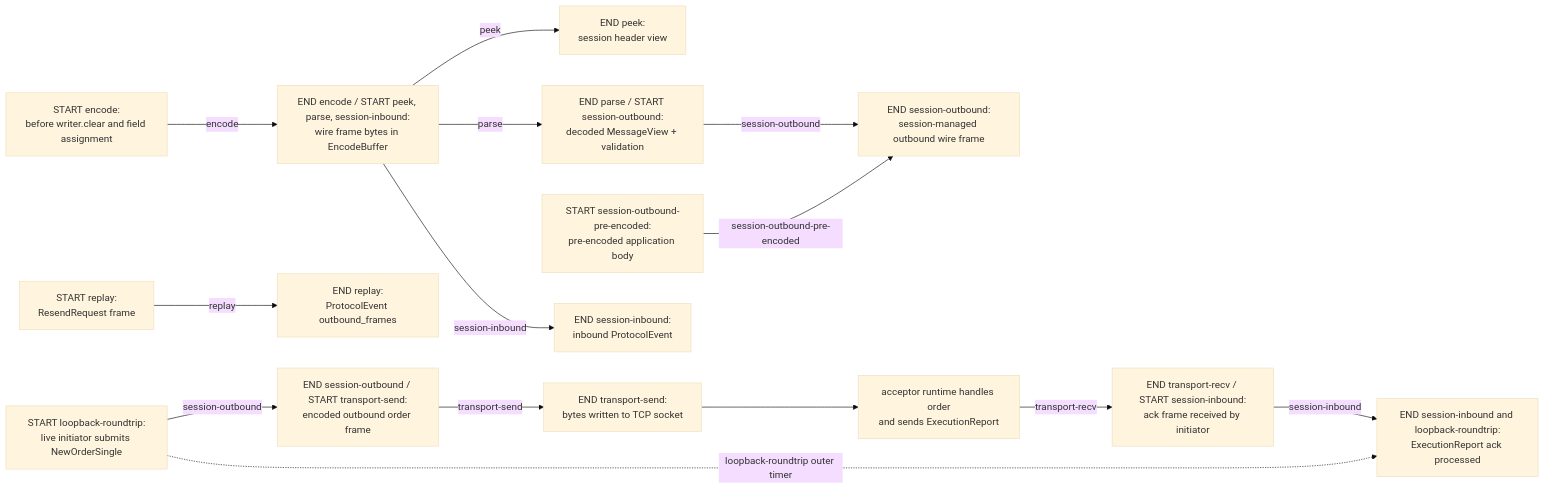
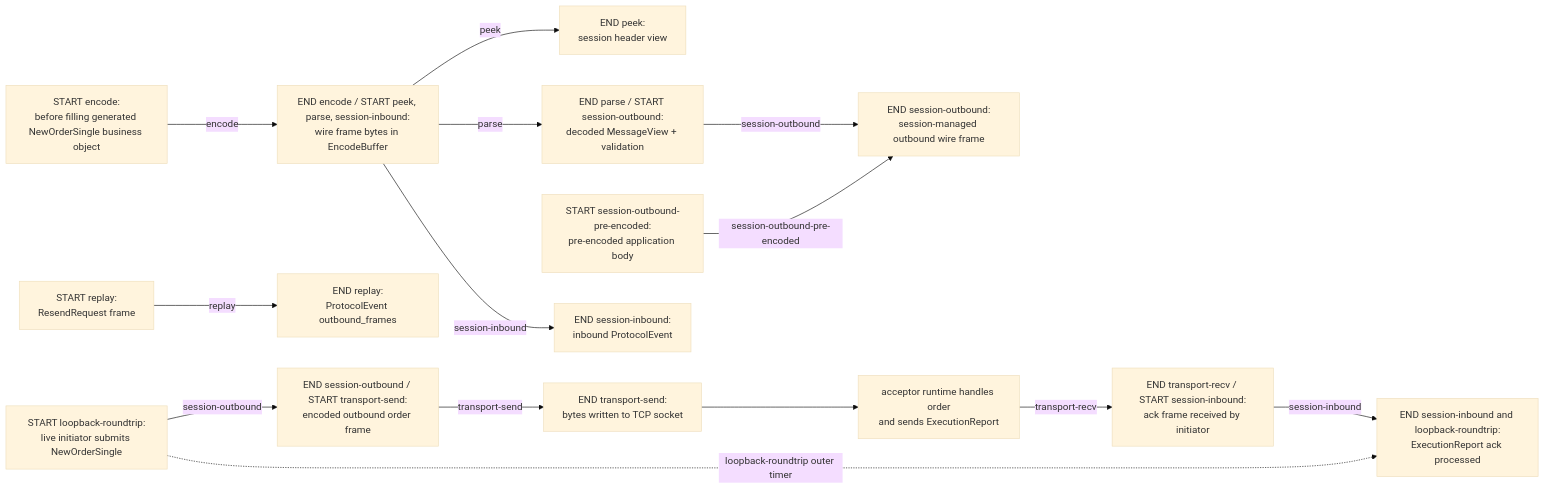
One commit to yhwwwwww/fastfix changed the first of 3 diagrams in bench/README.md. Above: the diagram before and after it, drawn with Mermaid (base theme). The commit also changed other lines of this file and 109 other files, not shown here.

````diff
--- a/bench/README.md
+++ b/bench/README.md
@@ -60,13 +60,13 @@
 ```mermaid
 flowchart LR
-	BO["START encode:<br/>before writer.clear and field assignment"] -->|encode| WF["END encode / START peek, parse, session-inbound:<br/>wire frame bytes in EncodeBuffer"]
+BO["START encode:<br/>before filling generated NewOrderSingle business object"] -->|encode| WF["END encode / START peek, parse, session-inbound:<br/>wire frame bytes in EncodeBuffer"]
 	WF -->|peek| PH["END peek:<br/>session header view"]
 	WF -->|parse| MV["END parse / START session-outbound:<br/>decoded MessageView + validation"]
 	MV -->|session-outbound| OF["END session-outbound:<br/>session-managed outbound wire frame"]
 	PB["START session-outbound-pre-encoded:<br/>pre-encoded application body"] -->|session-outbound-pre-encoded| OF
 	WF -->|session-inbound| PE["END session-inbound:<br/>inbound ProtocolEvent"]
 	RR["START replay:<br/>ResendRequest frame"] -->|replay| RF["END replay:<br/>ProtocolEvent outbound_frames"]
 
 	LS["START loopback-roundtrip:<br/>live initiator submits NewOrderSingle"] -->|session-outbound| LO["END session-outbound / START transport-send:<br/>encoded outbound order frame"] -->|transport-send| TX["END transport-send:<br/>bytes written to TCP socket"] --> AC["acceptor runtime handles order<br/>and sends ExecutionReport"] -->|transport-recv| RX["END transport-recv / START session-inbound:<br/>ack frame received by initiator"] -->|session-inbound| LE["END session-inbound and loopback-roundtrip:<br/>ExecutionReport ack processed"]
 	LS -.->|loopback-roundtrip outer timer| LE
 ```
````
